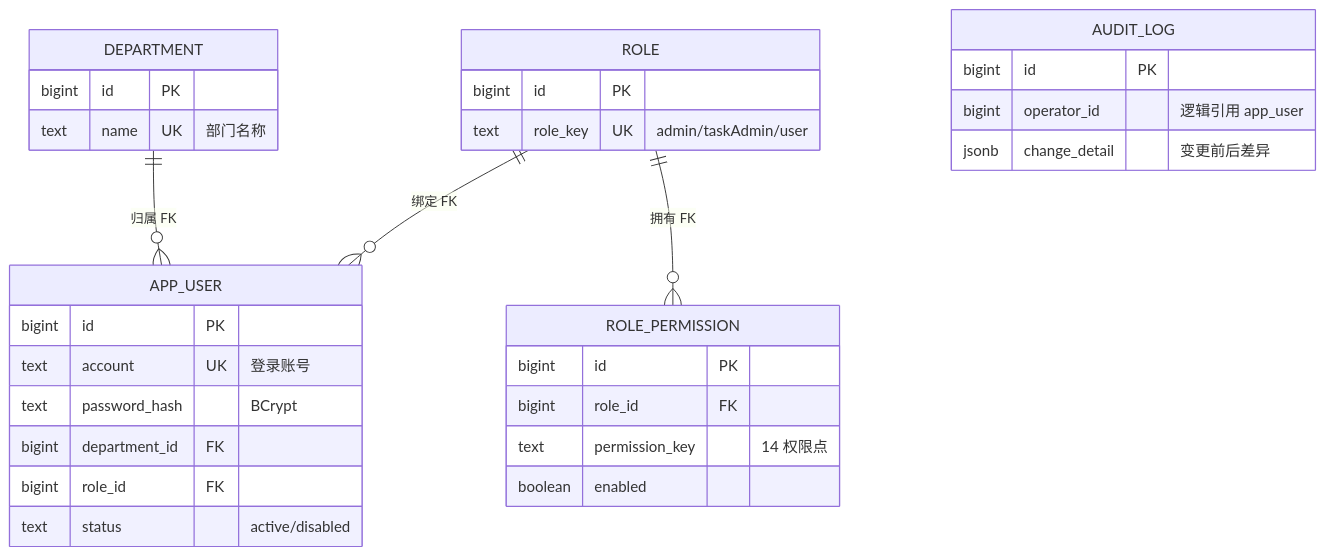
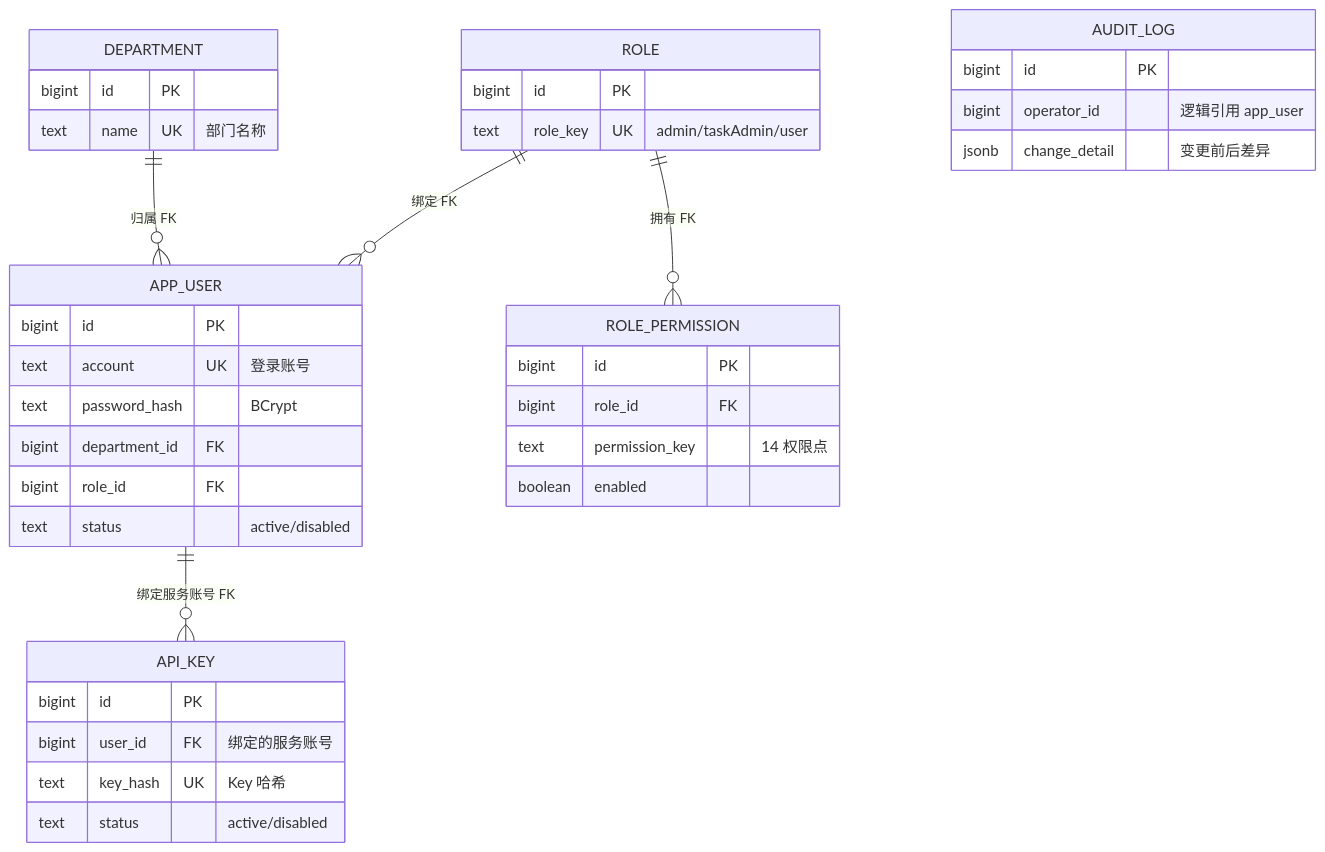
One commit to Mosslau/TaskFlow changed the first of 4 diagrams in docs/库表设计文档-v1.0.md. Above: the diagram before and after it, drawn with Mermaid. The commit also changed other lines of this file and 1 other file, not shown here.

Commit message:
docs: api_key 表并入库表文档第 3 章 auth_user_db 正文（ER 图与引用同步更新）

````diff
--- a/docs/库表设计文档-v1.0.md
+++ b/docs/库表设计文档-v1.0.md
@@ -44,33 +43,40 @@
 ```mermaid
 erDiagram
     DEPARTMENT ||--o{ APP_USER : "归属 FK"
     ROLE ||--o{ APP_USER : "绑定 FK"
     ROLE ||--o{ ROLE_PERMISSION : "拥有 FK"
+    APP_USER ||--o{ API_KEY : "绑定服务账号 FK"
     DEPARTMENT {
         bigint id PK
         text name UK "部门名称"
     }
     ROLE {
         bigint id PK
         text role_key UK "admin/taskAdmin/user"
     }
     APP_USER {
         bigint id PK
         text account UK "登录账号"
         text password_hash "BCrypt"
         bigint department_id FK
         bigint role_id FK
         text status "active/disabled"
     }
     ROLE_PERMISSION {
         bigint id PK
         bigint role_id FK
         text permission_key "14 权限点"
         boolean enabled
     }
     AUDIT_LOG {
         bigint id PK
         bigint operator_id "逻辑引用 app_user"
         jsonb change_detail "变更前后差异"
     }
+    API_KEY {
+        bigint id PK
+        bigint user_id FK "绑定的服务账号"
+        text key_hash UK "Key 哈希"
+        text status "active/disabled"
+    }
 ```
````
